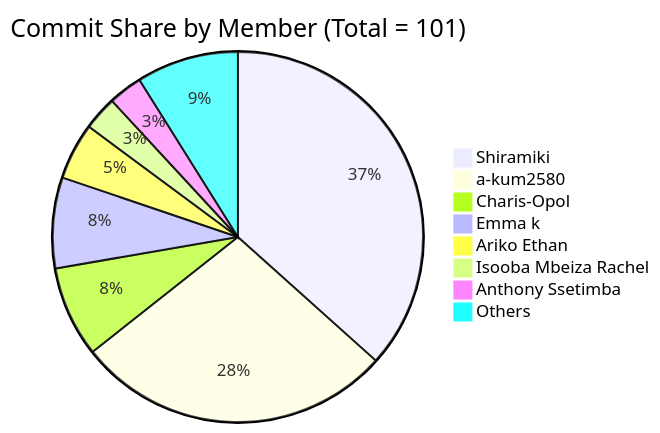
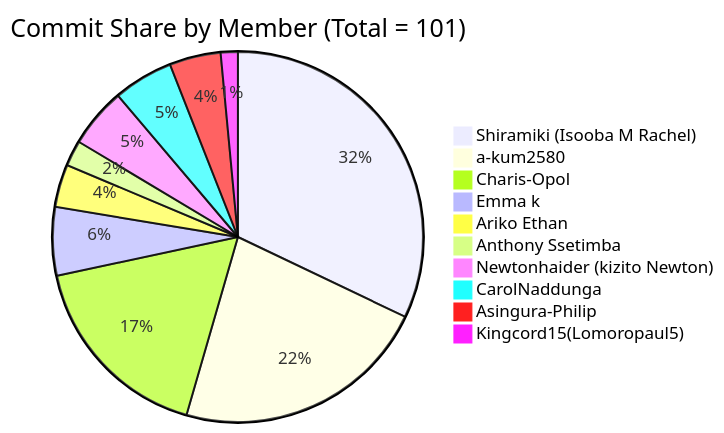
Before and after one commit to a-kum2580/project-based-exam: the first of 3 diagrams in CONTRIBUTIONS.md, drawn with Mermaid. The commit also changed other lines of this file, not shown here.

````diff
--- a/CONTRIBUTIONS.md
+++ b/CONTRIBUTIONS.md
@@ -15,11 +15,13 @@
 ```mermaid
 pie title Commit Share by Member (Total = 101)
-  "Shiramiki" : 37
-  "a-kum2580" : 28
-  "Charis-Opol" : 8
+  "Shiramiki (Isooba M Rachel)" : 43
+  "a-kum2580" : 30
+  "Charis-Opol" : 23
   "Emma k" : 8
   "Ariko Ethan" : 5
-  "Isooba Mbeiza Rachel" : 3
   "Anthony Ssetimba" : 3
-  "Others" : 9
+  "Newtonhaider (kizito Newton)": 7
+  "CarolNaddunga": 7
+  "Asingura-Philip" :6
+  "Kingcord15(Lomoropaul5)" : 2
 ```
````
